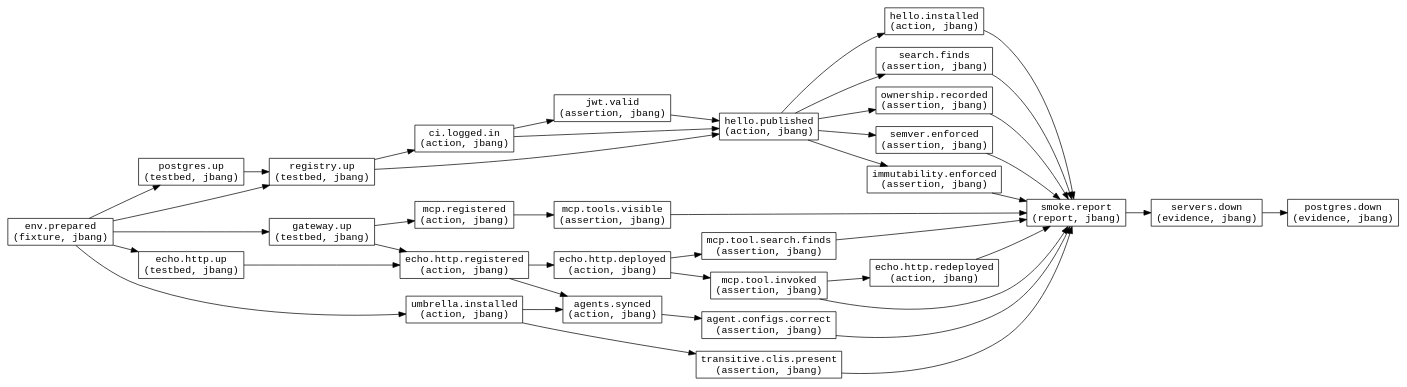
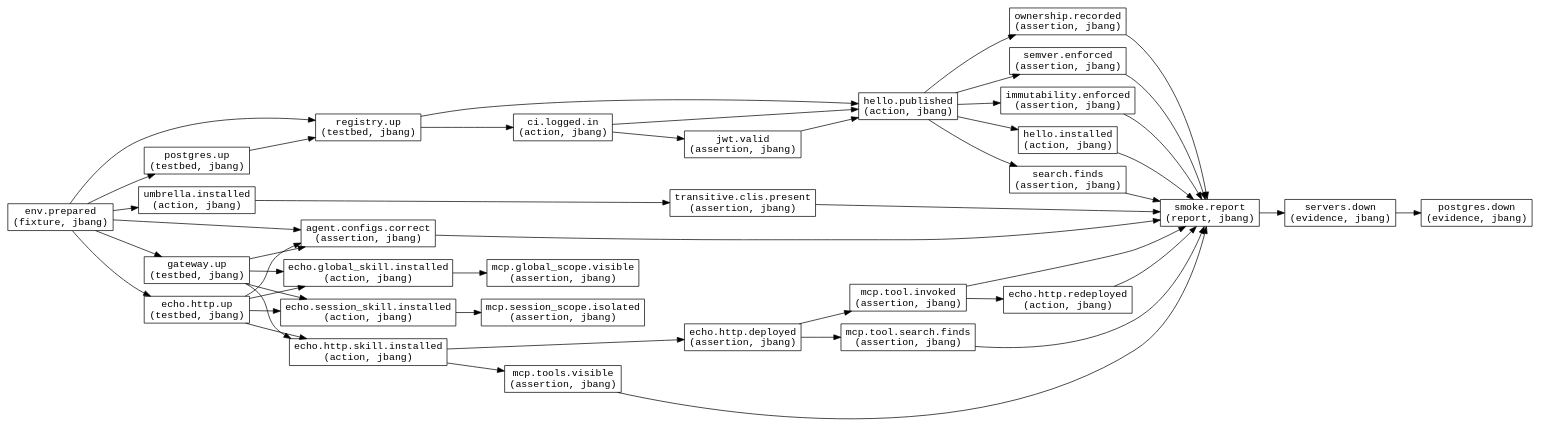
The diagram in test_graph/docs/smoke.dot (haydenrear/skill-manager), drawn with Graphviz before and after one commit. The commit also changed 22 other files, not shown here.

```diff
--- a/test_graph/docs/smoke.dot
+++ b/test_graph/docs/smoke.dot
@@ -1,72 +1,79 @@
 digraph "smoke" {
   rankdir=LR;
   node [shape=box,fontname="Courier"];
   "env.prepared" [label="env.prepared\n(fixture, jbang)"];
   "postgres.up" [label="postgres.up\n(testbed, jbang)"];
   "registry.up" [label="registry.up\n(testbed, jbang)"];
   "ci.logged.in" [label="ci.logged.in\n(action, jbang)"];
   "jwt.valid" [label="jwt.valid\n(assertion, jbang)"];
   "gateway.up" [label="gateway.up\n(testbed, jbang)"];
   "echo.http.up" [label="echo.http.up\n(testbed, jbang)"];
   "hello.published" [label="hello.published\n(action, jbang)"];
   "hello.installed" [label="hello.installed\n(action, jbang)"];
   "search.finds" [label="search.finds\n(assertion, jbang)"];
   "ownership.recorded" [label="ownership.recorded\n(assertion, jbang)"];
   "semver.enforced" [label="semver.enforced\n(assertion, jbang)"];
   "immutability.enforced" [label="immutability.enforced\n(assertion, jbang)"];
   "umbrella.installed" [label="umbrella.installed\n(action, jbang)"];
   "transitive.clis.present" [label="transitive.clis.present\n(assertion, jbang)"];
-  "mcp.registered" [label="mcp.registered\n(action, jbang)"];
+  "echo.http.skill.installed" [label="echo.http.skill.installed\n(action, jbang)"];
+  "echo.http.deployed" [label="echo.http.deployed\n(assertion, jbang)"];
   "mcp.tools.visible" [label="mcp.tools.visible\n(assertion, jbang)"];
-  "echo.http.registered" [label="echo.http.registered\n(action, jbang)"];
-  "echo.http.deployed" [label="echo.http.deployed\n(action, jbang)"];
   "mcp.tool.search.finds" [label="mcp.tool.search.finds\n(assertion, jbang)"];
   "mcp.tool.invoked" [label="mcp.tool.invoked\n(assertion, jbang)"];
   "echo.http.redeployed" [label="echo.http.redeployed\n(action, jbang)"];
-  "agents.synced" [label="agents.synced\n(action, jbang)"];
+  "echo.session_skill.installed" [label="echo.session_skill.installed\n(action, jbang)"];
+  "mcp.session_scope.isolated" [label="mcp.session_scope.isolated\n(assertion, jbang)"];
+  "echo.global_skill.installed" [label="echo.global_skill.installed\n(action, jbang)"];
+  "mcp.global_scope.visible" [label="mcp.global_scope.visible\n(assertion, jbang)"];
   "agent.configs.correct" [label="agent.configs.correct\n(assertion, jbang)"];
   "smoke.report" [label="smoke.report\n(report, jbang)"];
   "servers.down" [label="servers.down\n(evidence, jbang)"];
   "postgres.down" [label="postgres.down\n(evidence, jbang)"];
   "env.prepared" -> "postgres.up";
   "env.prepared" -> "registry.up";
   "postgres.up" -> "registry.up";
   "registry.up" -> "ci.logged.in";
   "ci.logged.in" -> "jwt.valid";
   "env.prepared" -> "gateway.up";
   "env.prepared" -> "echo.http.up";
   "registry.up" -> "hello.published";
   "ci.logged.in" -> "hello.published";
   "jwt.valid" -> "hello.published";
   "hello.published" -> "hello.installed";
   "hello.published" -> "search.finds";
   "hello.published" -> "ownership.recorded";
   "hello.published" -> "semver.enforced";
   "hello.published" -> "immutability.enforced";
   "env.prepared" -> "umbrella.installed";
   "umbrella.installed" -> "transitive.clis.present";
-  "gateway.up" -> "mcp.registered";
-  "mcp.registered" -> "mcp.tools.visible";
-  "gateway.up" -> "echo.http.registered";
-  "echo.http.up" -> "echo.http.registered";
-  "echo.http.registered" -> "echo.http.deployed";
+  "gateway.up" -> "echo.http.skill.installed";
+  "echo.http.up" -> "echo.http.skill.installed";
+  "echo.http.skill.installed" -> "echo.http.deployed";
+  "echo.http.skill.installed" -> "mcp.tools.visible";
   "echo.http.deployed" -> "mcp.tool.search.finds";
   "echo.http.deployed" -> "mcp.tool.invoked";
   "mcp.tool.invoked" -> "echo.http.redeployed";
-  "umbrella.installed" -> "agents.synced";
-  "echo.http.registered" -> "agents.synced";
-  "agents.synced" -> "agent.configs.correct";
+  "gateway.up" -> "echo.session_skill.installed";
+  "echo.http.up" -> "echo.session_skill.installed";
+  "echo.session_skill.installed" -> "mcp.session_scope.isolated";
+  "gateway.up" -> "echo.global_skill.installed";
+  "echo.http.up" -> "echo.global_skill.installed";
+  "echo.global_skill.installed" -> "mcp.global_scope.visible";
+  "env.prepared" -> "agent.configs.correct";
+  "gateway.up" -> "agent.configs.correct";
+  "echo.http.up" -> "agent.configs.correct";
   "transitive.clis.present" -> "smoke.report";
   "mcp.tool.search.finds" -> "smoke.report";
   "mcp.tool.invoked" -> "smoke.report";
   "echo.http.redeployed" -> "smoke.report";
   "agent.configs.correct" -> "smoke.report";
   "search.finds" -> "smoke.report";
   "mcp.tools.visible" -> "smoke.report";
   "hello.installed" -> "smoke.report";
   "ownership.recorded" -> "smoke.report";
   "semver.enforced" -> "smoke.report";
   "immutability.enforced" -> "smoke.report";
   "smoke.report" -> "servers.down";
   "servers.down" -> "postgres.down";
 }
```
